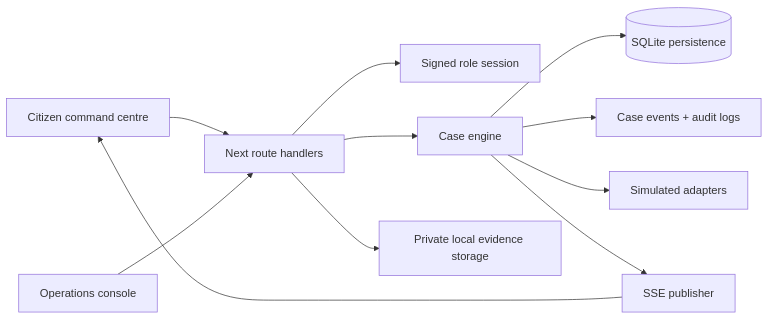
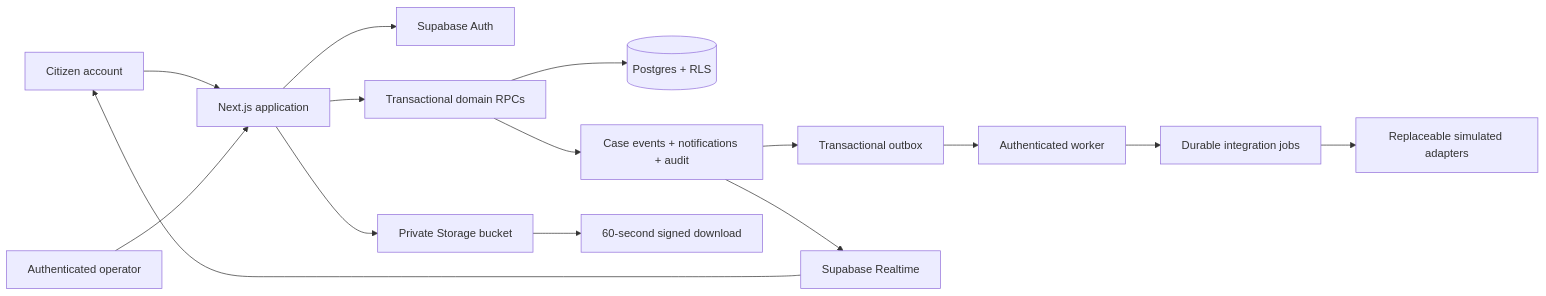
One commit to 36taransingh5-dotcom/ncrp-one-case changed the diagram in ARCHITECTURE.md. Above: the diagram before and after it, drawn with Mermaid. The commit also changed other lines of this file and 77 other files, not shown here.

````diff
--- a/ARCHITECTURE.md
+++ b/ARCHITECTURE.md
@@ -3,13 +3,17 @@
 ```mermaid
 flowchart LR
-  C[Citizen command centre] --> API[Next route handlers]
-  O[Operations console] --> API
-  API --> Auth[Signed role session]
-  API --> Domain[Case engine]
-  Domain --> DB[(SQLite persistence)]
-  Domain --> E[Case events + audit logs]
-  Domain --> A[Simulated adapters]
-  Domain --> RT[SSE publisher]
-  RT --> C
-  API --> Store[Private local evidence storage]
+  C[Citizen account] --> N[Next.js application]
+  O[Authenticated operator] --> N
+  N --> A[Supabase Auth]
+  N --> D[Transactional domain RPCs]
+  D --> P[(Postgres + RLS)]
+  D --> E[Case events + notifications + audit]
+  E --> X[Transactional outbox]
+  E --> R[Supabase Realtime]
+  R --> C
+  X --> W[Authenticated worker]
+  W --> J[Durable integration jobs]
+  J --> S[Replaceable simulated adapters]
+  N --> B[Private Storage bucket]
+  B --> U[60-second signed download]
 ```
````
